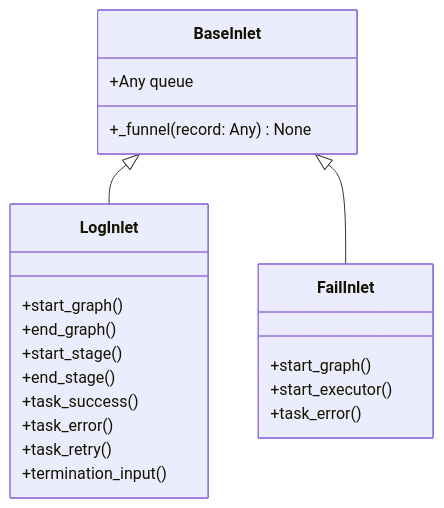
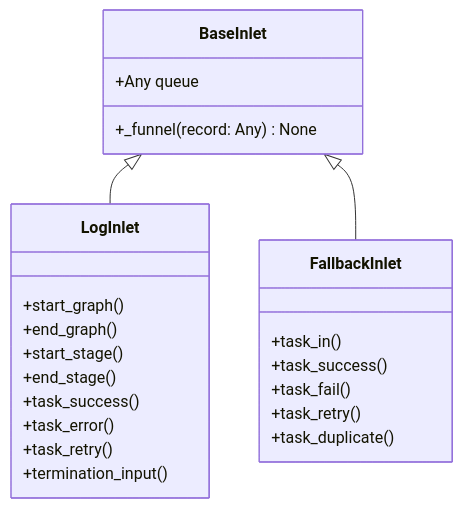
The diagram in docs/ja/src/funnel/core_inlet.md (Mr-xiaotian/CelestialFlow), drawn with Mermaid before and after one commit. The commit also changed other lines of this file and 168 other files, not shown here.

````diff
--- a/docs/ja/src/funnel/core_inlet.md
+++ b/docs/ja/src/funnel/core_inlet.md
@@ -42,24 +42,26 @@
 ```mermaid
 classDiagram
     class BaseInlet {
         +Any queue
         +_funnel(record: Any) None
     }
     class LogInlet {
         +start_graph()
         +end_graph()
         +start_stage()
         +end_stage()
         +task_success()
         +task_error()
         +task_retry()
         +termination_input()
     }
-    class FailInlet {
-        +start_graph()
-        +start_executor()
-        +task_error()
+    class FallbackInlet {
+        +task_in()
+        +task_success()
+        +task_fail()
+        +task_retry()
+        +task_duplicate()
     }
     BaseInlet <|-- LogInlet
-    BaseInlet <|-- FailInlet
+    BaseInlet <|-- FallbackInlet
 ```
````
